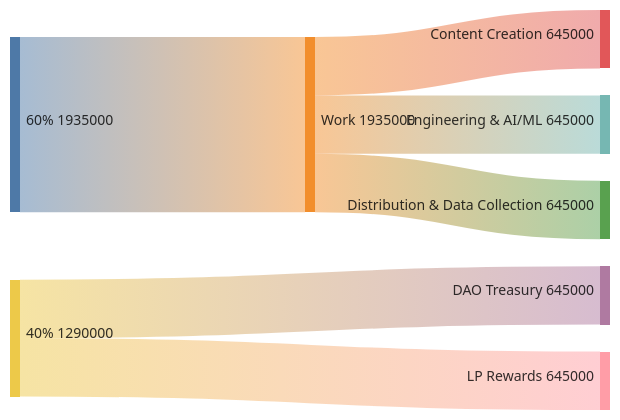
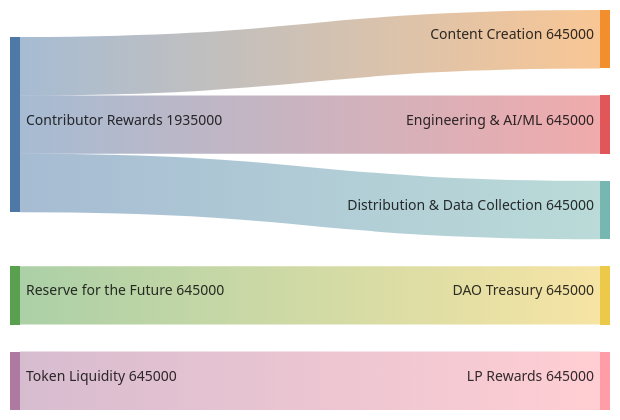
Before and after one commit to elimu-ai/web3-wiki: the third of 3 diagrams in TOKENOMICS.md, drawn with Mermaid.

Commit message:
Adjust Sankey

````diff
--- a/TOKENOMICS.md
+++ b/TOKENOMICS.md
@@ -48,11 +48,10 @@
 ```mermaid
 sankey-beta
 
 %% source,target,value
-60%,Work,1935000
-Work,Content Creation,645000
-Work,Engineering & AI/ML,645000
-Work,Distribution & Data Collection,645000
-40%,DAO Treasury,645000
-40%,LP Rewards,645000
+Contributor Rewards,Content Creation,645000
+Contributor Rewards,Engineering & AI/ML,645000
+Contributor Rewards,Distribution & Data Collection,645000
+Reserve for the Future,DAO Treasury,645000
+Token Liquidity,LP Rewards,645000
 ```
````
